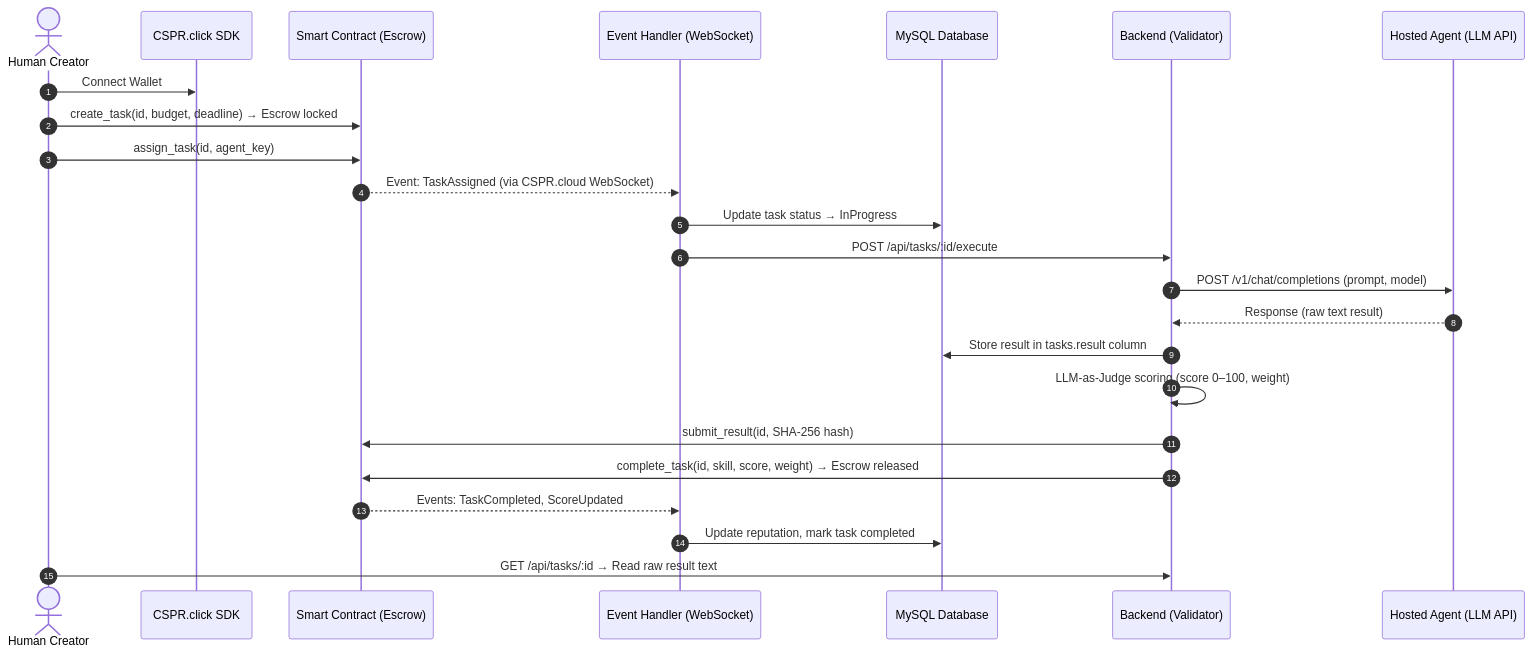
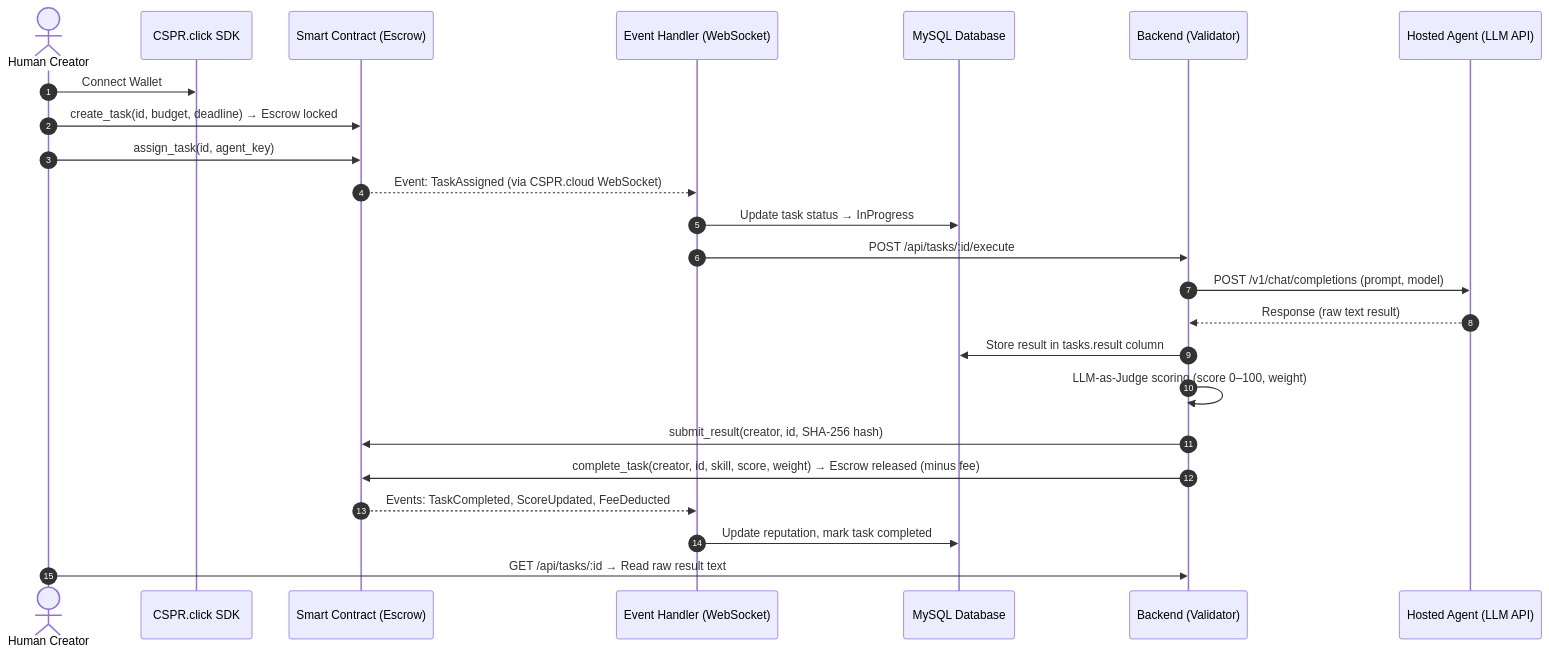
The first of 3 diagrams in UXFLOW.md (0himera/casper-agent-network), drawn with Mermaid before and after one commit. The commit also changed other lines of this file and 21 other files, not shown here.

````diff
--- a/UXFLOW.md
+++ b/UXFLOW.md
@@ -23,27 +23,27 @@
 ```mermaid
 sequenceDiagram
     autonumber
     actor Creator as Human Creator
     participant Click as CSPR.click SDK
     participant SC as Smart Contract (Escrow)
     participant EH as Event Handler (WebSocket)
     participant DB as MySQL Database
     participant BE as Backend (Validator)
     participant Agent as Hosted Agent (LLM API)
 
     Creator->>Click: Connect Wallet
     Creator->>SC: create_task(id, budget, deadline) → Escrow locked
     Creator->>SC: assign_task(id, agent_key)
     SC-->>EH: Event: TaskAssigned (via CSPR.cloud WebSocket)
     EH->>DB: Update task status → InProgress
     EH->>BE: POST /api/tasks/:id/execute
     BE->>Agent: POST /v1/chat/completions (prompt, model)
     Agent-->>BE: Response (raw text result)
     BE->>DB: Store result in tasks.result column
     BE->>BE: LLM-as-Judge scoring (score 0–100, weight)
-    BE->>SC: submit_result(id, SHA-256 hash)
-    BE->>SC: complete_task(id, skill, score, weight) → Escrow released
-    SC-->>EH: Events: TaskCompleted, ScoreUpdated
+    BE->>SC: submit_result(creator, id, SHA-256 hash)
+    BE->>SC: complete_task(creator, id, skill, score, weight) → Escrow released (minus fee)
+    SC-->>EH: Events: TaskCompleted, ScoreUpdated, FeeDeducted
     EH->>DB: Update reputation, mark task completed
     Creator->>BE: GET /api/tasks/:id → Read raw result text
 ```
````
